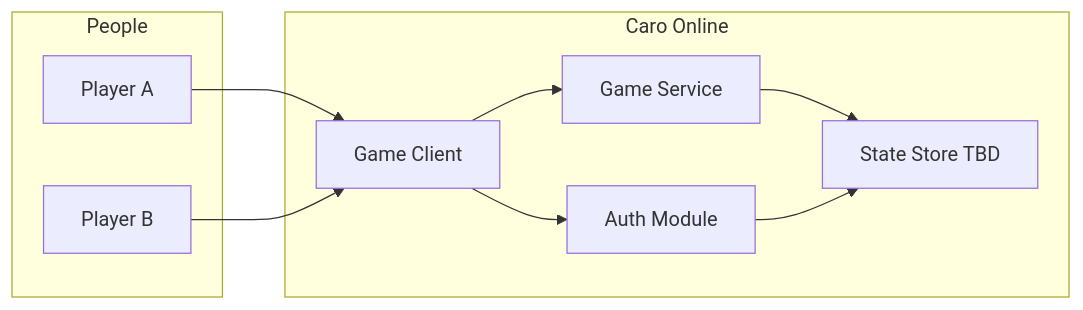
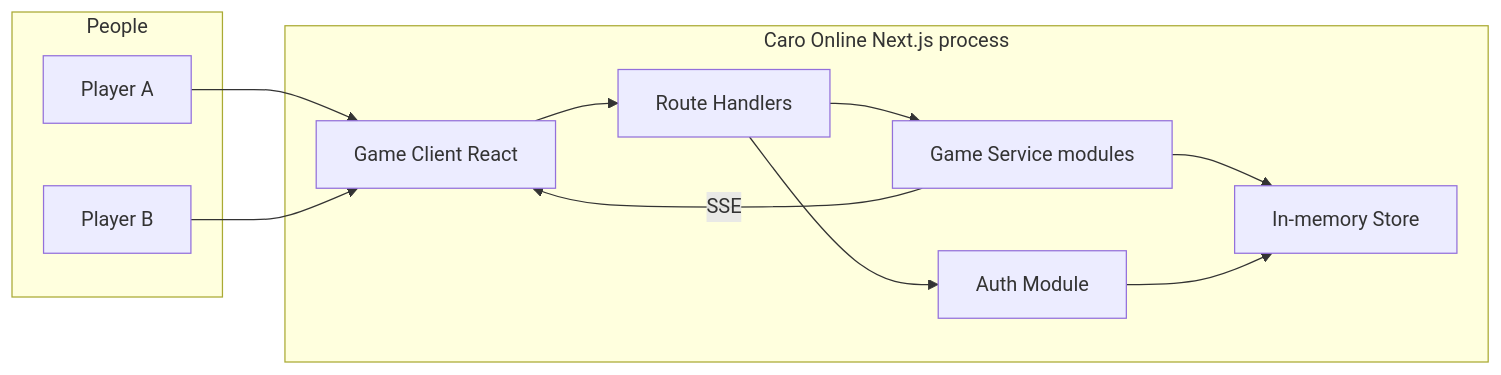
The first of 3 diagrams in docs/software-architecture-document.md (hoangnd-dev/voodoo-ai-native), drawn with Mermaid before and after one commit. The commit also changed other lines of this file and 23 other files, not shown here.

````diff
--- a/docs/software-architecture-document.md
+++ b/docs/software-architecture-document.md
@@ -114,19 +185,22 @@
 ```mermaid
 flowchart LR
     subgraph people [People]
         PA[Player A]
         PB[Player B]
     end
-    subgraph system [Caro Online]
-        Client[Game Client]
-        GameSvc[Game Service]
+    subgraph system [Caro Online Next.js process]
+        Client[Game Client React]
+        Routes[Route Handlers]
+        GameSvc[Game Service modules]
         AuthMod[Auth Module]
-        Store[State Store TBD]
+        Store[In-memory Store]
     end
     PA --> Client
     PB --> Client
-    Client --> GameSvc
-    Client --> AuthMod
+    Client --> Routes
+    Routes --> GameSvc
+    Routes --> AuthMod
     GameSvc --> Store
     AuthMod --> Store
+    GameSvc -->|SSE| Client
 ```
````
